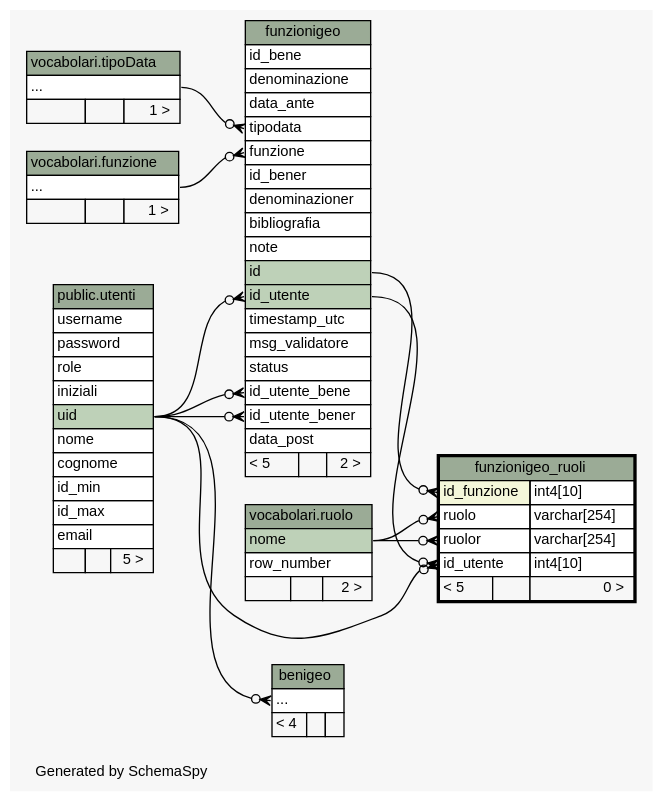
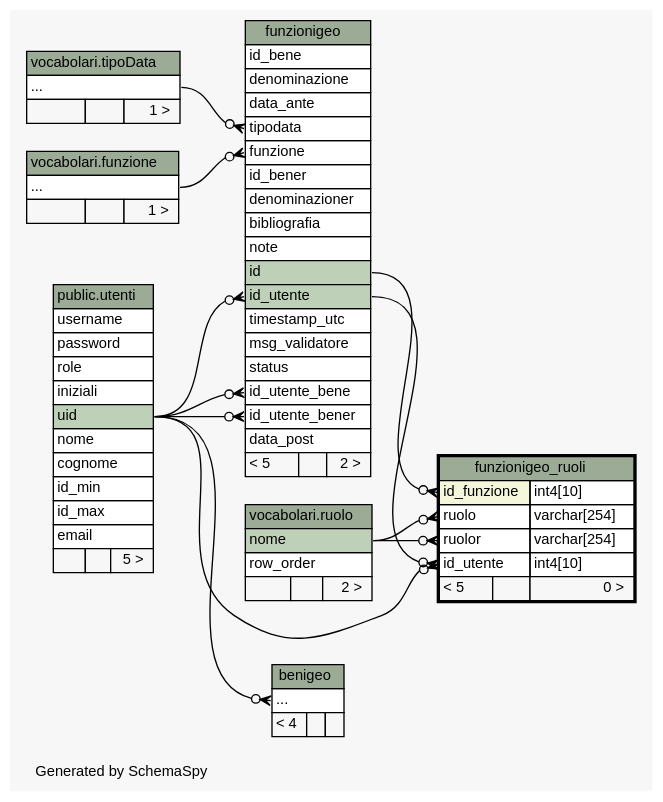
The diagram in databaseSchemaInterattivo/tmp_db/diagrams/funzionigeo_ruoli.2degrees.dot (MaurizioRicci/beniInLunigianaServer), drawn with Graphviz before and after one commit. The commit also changed 166 other files, not shown here.

```diff
--- a/databaseSchemaInterattivo/tmp_db/diagrams/funzionigeo_ruoli.2degrees.dot
+++ b/databaseSchemaInterattivo/tmp_db/diagrams/funzionigeo_ruoli.2degrees.dot
@@ -1,132 +1,132 @@
 // dot 2.38.0 on Windows 10 10.0
 // SchemaSpy rev 590
 digraph "twoDegreesRelationshipsDiagram" {
   graph [
     rankdir="RL"
     bgcolor="#f7f7f7"
     label="\nGenerated by SchemaSpy"
     labeljust="l"
     nodesep="0.18"
     ranksep="0.46"
     fontname="Helvetica"
     fontsize="11"
   ];
   node [
     fontname="Helvetica"
     fontsize="11"
     shape="plaintext"
   ];
   edge [
     arrowsize="0.8"
   ];
   "benigeo":"elipses":w -> "public.utenti":"uid":e [arrowhead=none dir=back arrowtail=crowodot];
   "funzionigeo":"funzione":w -> "vocabolari.funzione":"elipses":e [arrowhead=none dir=back arrowtail=crowodot];
   "funzionigeo":"id_utente":w -> "public.utenti":"uid":e [arrowhead=none dir=back arrowtail=crowodot];
   "funzionigeo":"id_utente_bene":w -> "public.utenti":"uid":e [arrowhead=none dir=back arrowtail=crowodot];
   "funzionigeo":"id_utente_bener":w -> "public.utenti":"uid":e [arrowhead=none dir=back arrowtail=crowodot];
   "funzionigeo":"tipodata":w -> "vocabolari.tipoData":"elipses":e [arrowhead=none dir=back arrowtail=crowodot];
   "funzionigeo_ruoli":"id_funzione":w -> "funzionigeo":"id":e [arrowhead=none dir=back arrowtail=crowodot];
   "funzionigeo_ruoli":"id_utente":w -> "funzionigeo":"id_utente":e [arrowhead=none dir=back arrowtail=crowodot];
   "funzionigeo_ruoli":"id_utente":w -> "public.utenti":"uid":e [arrowhead=none dir=back arrowtail=crowodot];
   "funzionigeo_ruoli":"ruolo":w -> "vocabolari.ruolo":"nome":e [arrowhead=none dir=back arrowtail=crowodot];
   "funzionigeo_ruoli":"ruolor":w -> "vocabolari.ruolo":"nome":e [arrowhead=none dir=back arrowtail=crowodot];
   "benigeo" [
     label=<
     <TABLE BORDER="0" CELLBORDER="1" CELLSPACING="0" BGCOLOR="#ffffff">
       <TR><TD COLSPAN="3" BGCOLOR="#9bab96" ALIGN="CENTER">benigeo</TD></TR>
       <TR><TD PORT="elipses" COLSPAN="3" ALIGN="LEFT">...</TD></TR>
       <TR><TD ALIGN="LEFT" BGCOLOR="#f7f7f7">&lt; 4</TD><TD ALIGN="RIGHT" BGCOLOR="#f7f7f7">  </TD><TD ALIGN="RIGHT" BGCOLOR="#f7f7f7">  </TD></TR>
     </TABLE>>
     URL="benigeo.html"
     tooltip="benigeo"
   ];
   "vocabolari.funzione" [
     label=<
     <TABLE BORDER="0" CELLBORDER="1" CELLSPACING="0" BGCOLOR="#ffffff">
       <TR><TD COLSPAN="3" BGCOLOR="#9bab96" ALIGN="CENTER">vocabolari.funzione</TD></TR>
       <TR><TD PORT="elipses" COLSPAN="3" ALIGN="LEFT">...</TD></TR>
       <TR><TD ALIGN="LEFT" BGCOLOR="#f7f7f7">  </TD><TD ALIGN="RIGHT" BGCOLOR="#f7f7f7">  </TD><TD ALIGN="RIGHT" BGCOLOR="#f7f7f7">1 &gt;</TD></TR>
     </TABLE>>
     URL="../../vocabolari/tables/funzione.html"
     tooltip="vocabolari.funzione"
   ];
   "funzionigeo" [
     label=<
     <TABLE BORDER="0" CELLBORDER="1" CELLSPACING="0" BGCOLOR="#ffffff">
       <TR><TD COLSPAN="3" BGCOLOR="#9bab96" ALIGN="CENTER">funzionigeo</TD></TR>
       <TR><TD PORT="id_bene" COLSPAN="3" ALIGN="LEFT">id_bene</TD></TR>
       <TR><TD PORT="denominazione" COLSPAN="3" ALIGN="LEFT">denominazione</TD></TR>
       <TR><TD PORT="data_ante" COLSPAN="3" ALIGN="LEFT">data_ante</TD></TR>
       <TR><TD PORT="tipodata" COLSPAN="3" ALIGN="LEFT">tipodata</TD></TR>
       <TR><TD PORT="funzione" COLSPAN="3" ALIGN="LEFT">funzione</TD></TR>
       <TR><TD PORT="id_bener" COLSPAN="3" ALIGN="LEFT">id_bener</TD></TR>
       <TR><TD PORT="denominazioner" COLSPAN="3" ALIGN="LEFT">denominazioner</TD></TR>
       <TR><TD PORT="bibliografia" COLSPAN="3" ALIGN="LEFT">bibliografia</TD></TR>
       <TR><TD PORT="note" COLSPAN="3" ALIGN="LEFT">note</TD></TR>
       <TR><TD PORT="id" COLSPAN="3" BGCOLOR="#bed1b8" ALIGN="LEFT">id</TD></TR>
       <TR><TD PORT="id_utente" COLSPAN="3" BGCOLOR="#bed1b8" ALIGN="LEFT">id_utente</TD></TR>
       <TR><TD PORT="timestamp_utc" COLSPAN="3" ALIGN="LEFT">timestamp_utc</TD></TR>
       <TR><TD PORT="msg_validatore" COLSPAN="3" ALIGN="LEFT">msg_validatore</TD></TR>
       <TR><TD PORT="status" COLSPAN="3" ALIGN="LEFT">status</TD></TR>
       <TR><TD PORT="id_utente_bene" COLSPAN="3" ALIGN="LEFT">id_utente_bene</TD></TR>
       <TR><TD PORT="id_utente_bener" COLSPAN="3" ALIGN="LEFT">id_utente_bener</TD></TR>
       <TR><TD PORT="data_post" COLSPAN="3" ALIGN="LEFT">data_post</TD></TR>
       <TR><TD ALIGN="LEFT" BGCOLOR="#f7f7f7">&lt; 5</TD><TD ALIGN="RIGHT" BGCOLOR="#f7f7f7">  </TD><TD ALIGN="RIGHT" BGCOLOR="#f7f7f7">2 &gt;</TD></TR>
     </TABLE>>
     URL="funzionigeo.html"
     tooltip="funzionigeo"
   ];
   "funzionigeo_ruoli" [
     label=<
     <TABLE BORDER="2" CELLBORDER="1" CELLSPACING="0" BGCOLOR="#ffffff">
       <TR><TD COLSPAN="3" BGCOLOR="#9bab96" ALIGN="CENTER">funzionigeo_ruoli</TD></TR>
       <TR><TD PORT="id_funzione" COLSPAN="2" BGCOLOR="#f4f7da" ALIGN="LEFT">id_funzione</TD><TD PORT="id_funzione.type" ALIGN="LEFT">int4[10]</TD></TR>
       <TR><TD PORT="ruolo" COLSPAN="2" ALIGN="LEFT">ruolo</TD><TD PORT="ruolo.type" ALIGN="LEFT">varchar[254]</TD></TR>
       <TR><TD PORT="ruolor" COLSPAN="2" ALIGN="LEFT">ruolor</TD><TD PORT="ruolor.type" ALIGN="LEFT">varchar[254]</TD></TR>
       <TR><TD PORT="id_utente" COLSPAN="2" ALIGN="LEFT">id_utente</TD><TD PORT="id_utente.type" ALIGN="LEFT">int4[10]</TD></TR>
       <TR><TD ALIGN="LEFT" BGCOLOR="#f7f7f7">&lt; 5</TD><TD ALIGN="RIGHT" BGCOLOR="#f7f7f7">  </TD><TD ALIGN="RIGHT" BGCOLOR="#f7f7f7">0 &gt;</TD></TR>
     </TABLE>>
     URL="funzionigeo_ruoli.html"
     tooltip="funzionigeo_ruoli"
   ];
   "vocabolari.ruolo" [
     label=<
     <TABLE BORDER="0" CELLBORDER="1" CELLSPACING="0" BGCOLOR="#ffffff">
       <TR><TD COLSPAN="3" BGCOLOR="#9bab96" ALIGN="CENTER">vocabolari.ruolo</TD></TR>
       <TR><TD PORT="nome" COLSPAN="3" BGCOLOR="#bed1b8" ALIGN="LEFT">nome</TD></TR>
-      <TR><TD PORT="row_number" COLSPAN="3" ALIGN="LEFT">row_number</TD></TR>
+      <TR><TD PORT="row_order" COLSPAN="3" ALIGN="LEFT">row_order</TD></TR>
       <TR><TD ALIGN="LEFT" BGCOLOR="#f7f7f7">  </TD><TD ALIGN="RIGHT" BGCOLOR="#f7f7f7">  </TD><TD ALIGN="RIGHT" BGCOLOR="#f7f7f7">2 &gt;</TD></TR>
     </TABLE>>
     URL="../../vocabolari/tables/ruolo.html"
     tooltip="vocabolari.ruolo"
   ];
   "vocabolari.tipoData" [
     label=<
     <TABLE BORDER="0" CELLBORDER="1" CELLSPACING="0" BGCOLOR="#ffffff">
       <TR><TD COLSPAN="3" BGCOLOR="#9bab96" ALIGN="CENTER">vocabolari.tipoData</TD></TR>
       <TR><TD PORT="elipses" COLSPAN="3" ALIGN="LEFT">...</TD></TR>
       <TR><TD ALIGN="LEFT" BGCOLOR="#f7f7f7">  </TD><TD ALIGN="RIGHT" BGCOLOR="#f7f7f7">  </TD><TD ALIGN="RIGHT" BGCOLOR="#f7f7f7">1 &gt;</TD></TR>
     </TABLE>>
     URL="../../vocabolari/tables/tipoData.html"
     tooltip="vocabolari.tipoData"
   ];
   "public.utenti" [
     label=<
     <TABLE BORDER="0" CELLBORDER="1" CELLSPACING="0" BGCOLOR="#ffffff">
       <TR><TD COLSPAN="3" BGCOLOR="#9bab96" ALIGN="CENTER">public.utenti</TD></TR>
       <TR><TD PORT="username" COLSPAN="3" ALIGN="LEFT">username</TD></TR>
       <TR><TD PORT="password" COLSPAN="3" ALIGN="LEFT">password</TD></TR>
       <TR><TD PORT="role" COLSPAN="3" ALIGN="LEFT">role</TD></TR>
       <TR><TD PORT="iniziali" COLSPAN="3" ALIGN="LEFT">iniziali</TD></TR>
       <TR><TD PORT="uid" COLSPAN="3" BGCOLOR="#bed1b8" ALIGN="LEFT">uid</TD></TR>
       <TR><TD PORT="nome" COLSPAN="3" ALIGN="LEFT">nome</TD></TR>
       <TR><TD PORT="cognome" COLSPAN="3" ALIGN="LEFT">cognome</TD></TR>
       <TR><TD PORT="id_min" COLSPAN="3" ALIGN="LEFT">id_min</TD></TR>
       <TR><TD PORT="id_max" COLSPAN="3" ALIGN="LEFT">id_max</TD></TR>
       <TR><TD PORT="email" COLSPAN="3" ALIGN="LEFT">email</TD></TR>
       <TR><TD ALIGN="LEFT" BGCOLOR="#f7f7f7">  </TD><TD ALIGN="RIGHT" BGCOLOR="#f7f7f7">  </TD><TD ALIGN="RIGHT" BGCOLOR="#f7f7f7">5 &gt;</TD></TR>
     </TABLE>>
     URL="../../public/tables/utenti.html"
     tooltip="public.utenti"
   ];
 }
```
